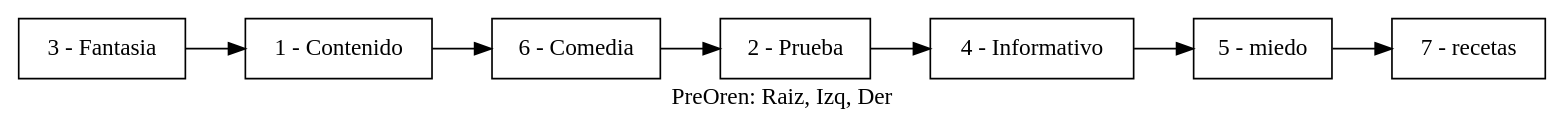
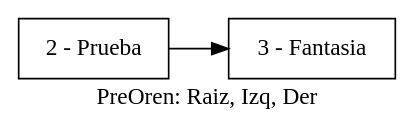
The diagram in EDD_Proyecto2/AVLTreePreOren.dot (elJuanjoRamos/EDD_1S2020_PY2_201801262), drawn with Graphviz before and after one commit. The commit also changed 83 other files, not shown here.

```diff
--- a/EDD_Proyecto2/AVLTreePreOren.dot
+++ b/EDD_Proyecto2/AVLTreePreOren.dot
@@ -1,15 +1,5 @@
 digraph G {rankdir=LR;label="PreOren: Raiz, Izq, Der";node[shape=box];
+nodo2 [ label ="2 - Prueba"];
 nodo3 [ label ="3 - Fantasia"];
-nodo1 [ label ="1 - Contenido"];
-nodo6 [ label ="6 - Comedia"];
-nodo2 [ label ="2 - Prueba"];
-nodo4 [ label ="4 - Informativo"];
-nodo5 [ label ="5 - miedo"];
-nodo7 [ label ="7 - recetas"];
-nodo3-> nodo1
-nodo1-> nodo6
-nodo6-> nodo2
-nodo2-> nodo4
-nodo4-> nodo5
-nodo5-> nodo7
+nodo2-> nodo3
 }
```
